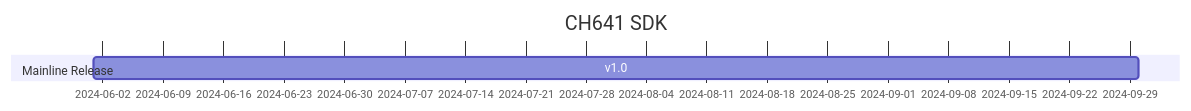
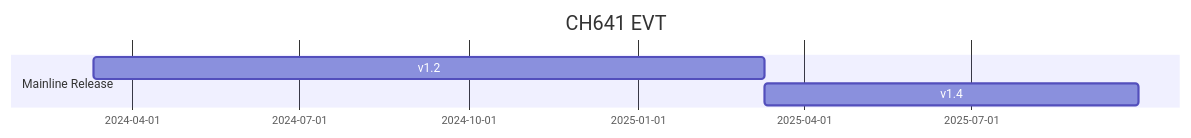
The diagram in README.md (SoCXin/CH641), drawn with Mermaid before and after one commit. The commit also changed other lines of this file and 1 other file, not shown here.

````diff
--- a/README.md
+++ b/README.md
@@ -12,7 +12,8 @@
 ``` mermaid
 gantt
-    title CH641 SDK
+    title CH641 EVT
     dateFormat  YYYY-MM-DD
     section Mainline Release
-    v1.0           :a1, 2024-06-01, 2024-09-30
+    v1.2           :a1, 2024-03-11, 2025-03-11
+    v1.4           :a1, 2025-03-11, 2025-09-30
 ```
````
